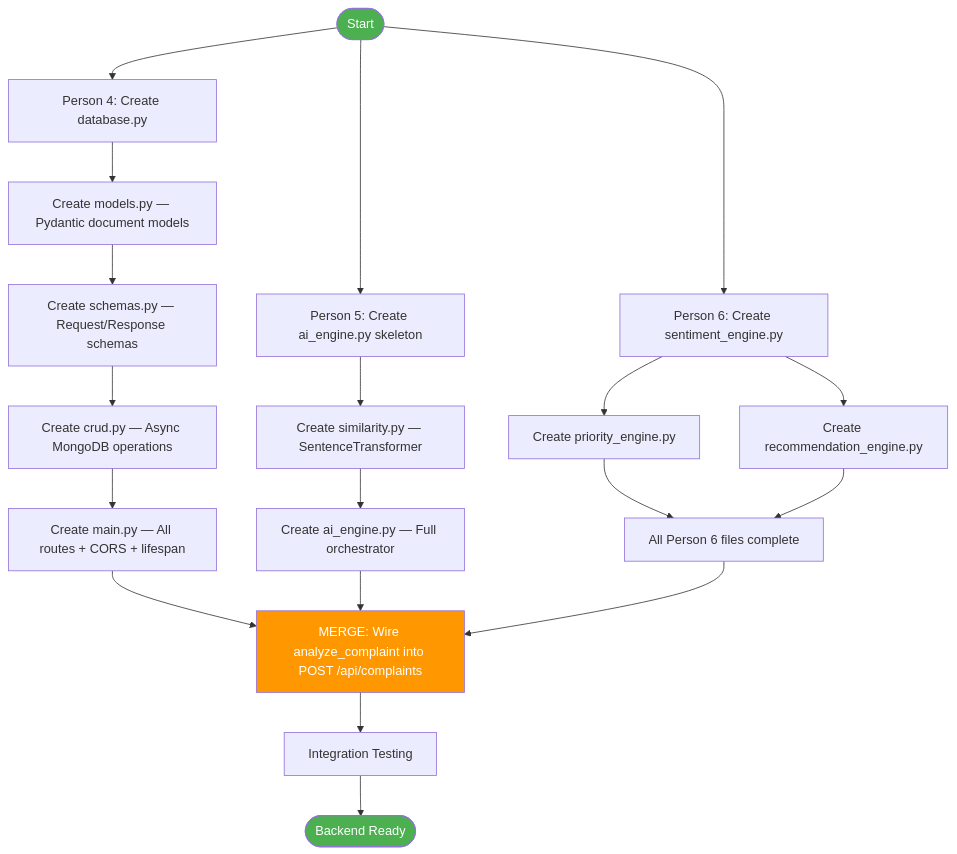
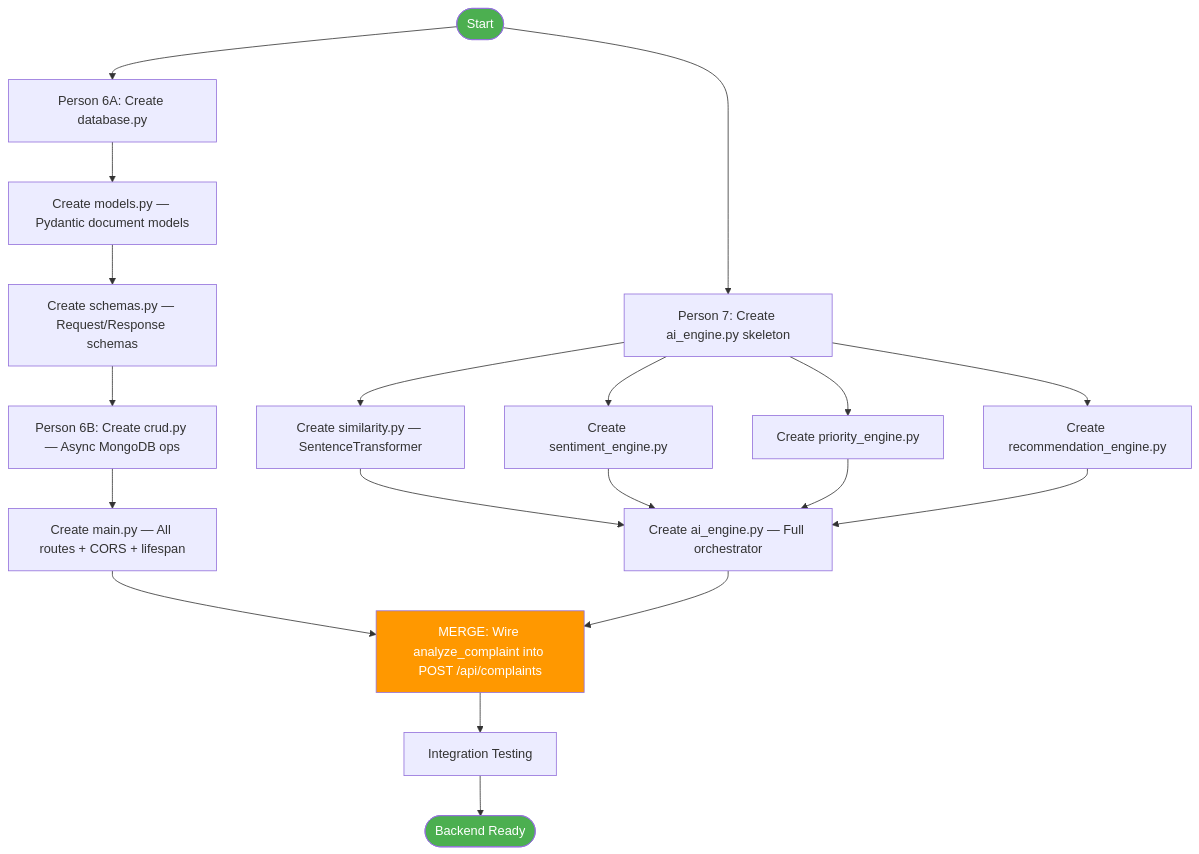
Before and after one commit to SatvikDB/CivicMind: diagram 12 of 16 in BACKEND_GUIDE_v2.md, drawn with Mermaid. The commit also changed other lines of this file, not shown here.

````diff
--- a/BACKEND_GUIDE_v2.md
+++ b/BACKEND_GUIDE_v2.md
@@ -1338,30 +1353,30 @@
 ```mermaid
 flowchart TD
-    START([Start]) --> P4[Person 4: Create database.py]
-    START --> P5[Person 5: Create ai_engine.py skeleton]
-    START --> P6[Person 6: Create sentiment_engine.py]
+    START([Start]) --> P6A[Person 6A: Create database.py]
+    START --> P7[Person 7: Create ai_engine.py skeleton]
 
-    P4 --> P4A[Create models.py — Pydantic document models]
-    P4A --> P4B[Create schemas.py — Request/Response schemas]
-    P4B --> P4C[Create crud.py — Async MongoDB operations]
-    P4C --> P4D[Create main.py — All routes + CORS + lifespan]
+    P6A --> P6A1[Create models.py — Pydantic document models]
+    P6A1 --> P6A2[Create schemas.py — Request/Response schemas]
 
-    P5 --> P5A[Create similarity.py — SentenceTransformer]
-    P5A --> P5B[Create ai_engine.py — Full orchestrator]
+    P7 --> P7A[Create similarity.py — SentenceTransformer]
+    P7 --> P7B[Create sentiment_engine.py]
+    P7 --> P7C[Create priority_engine.py]
+    P7 --> P7D[Create recommendation_engine.py]
+    P7A --> P7E[Create ai_engine.py — Full orchestrator]
+    P7B --> P7E
+    P7C --> P7E
+    P7D --> P7E
 
-    P6 --> P6A[Create priority_engine.py]
-    P6 --> P6B[Create recommendation_engine.py]
-    P6A --> P6C[All Person 6 files complete]
-    P6B --> P6C
+    P6A2 --> P6B[Person 6B: Create crud.py — Async MongoDB ops]
+    P6B --> P6B1[Create main.py — All routes + CORS + lifespan]
 
-    P4D --> MERGE[MERGE: Wire analyze_complaint into POST /api/complaints]
-    P5B --> MERGE
-    P6C --> MERGE
+    P6B1 --> MERGE[MERGE: Wire analyze_complaint into POST /api/complaints]
+    P7E --> MERGE
 
     MERGE --> TEST[Integration Testing]
     TEST --> DONE([Backend Ready])
 
     style START fill:#4CAF50,color:#fff
     style DONE fill:#4CAF50,color:#fff
     style MERGE fill:#FF9800,color:#fff
 ```
````
